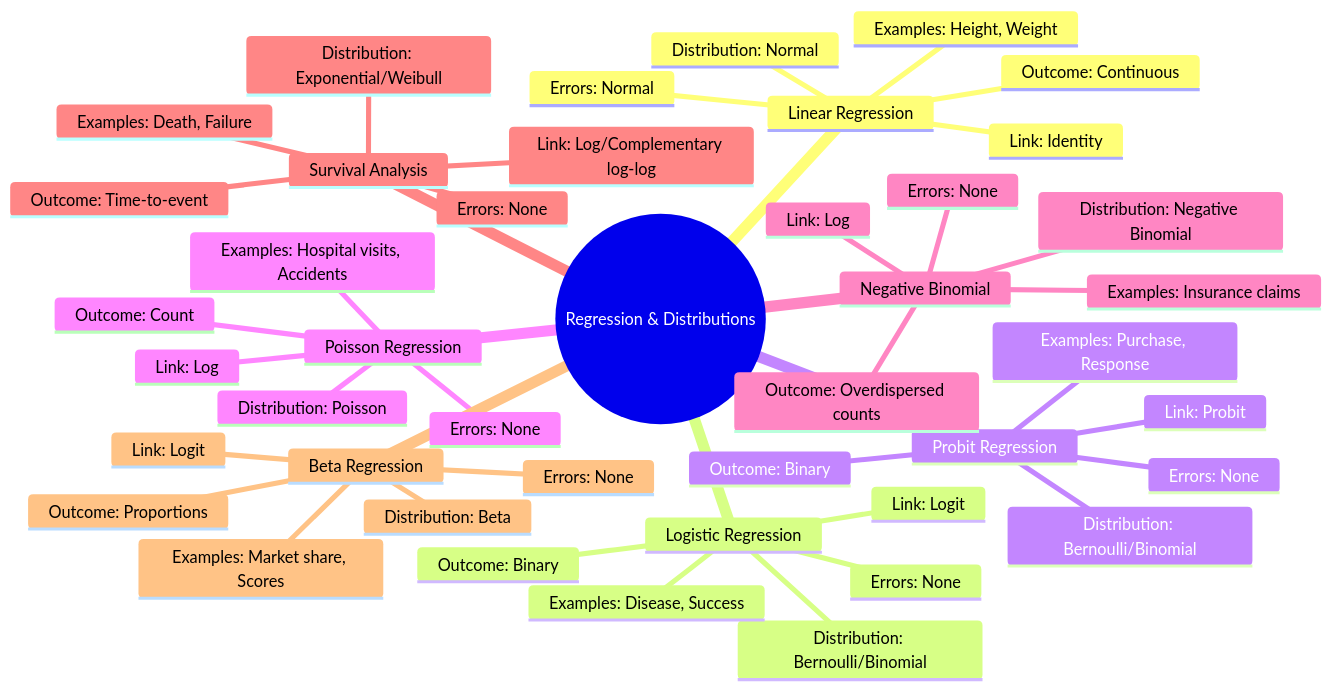
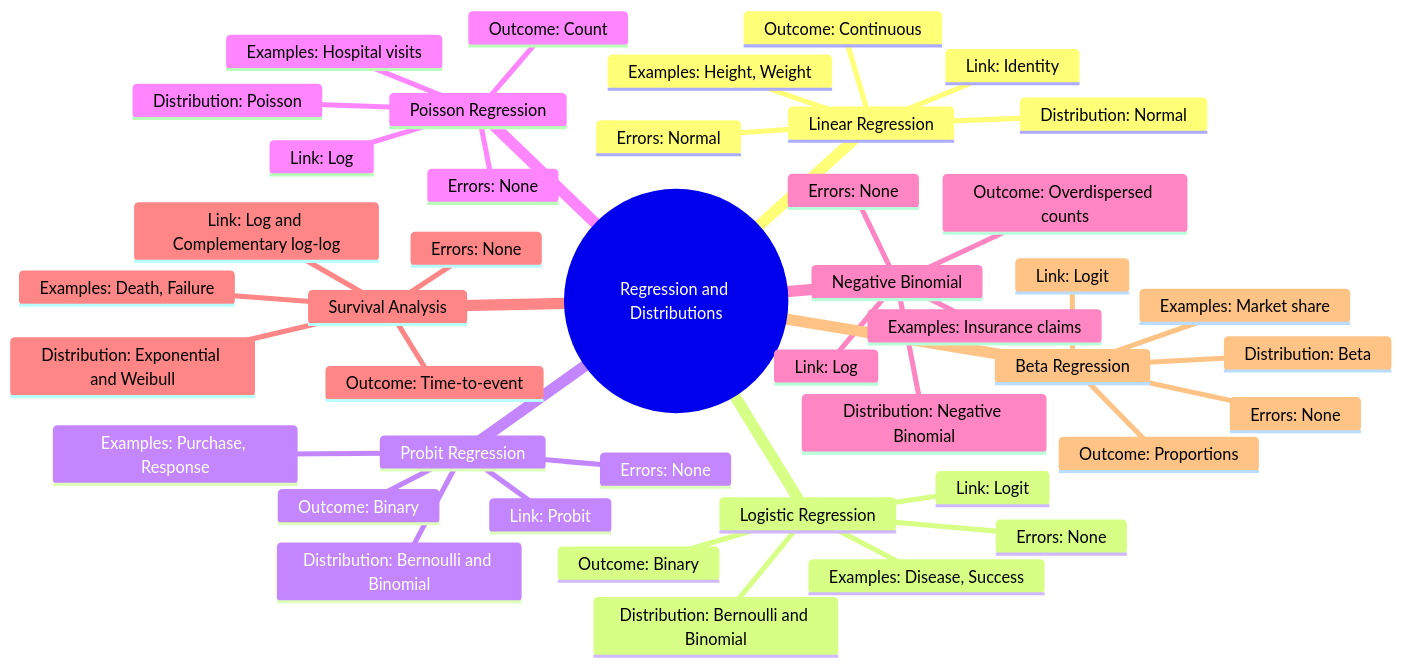
Before and after one commit to muhammadsalek/statistics-for-scientists: the fourth of 4 diagrams in 06-probability-distributions.md, drawn with Mermaid. The commit also changed other lines of this file, not shown here.

````diff
--- a/06-probability-distributions.md
+++ b/06-probability-distributions.md
@@ -1330,46 +1387,46 @@
 ```mermaid
 mindmap
-  root((Regression & Distributions))
+  root((Regression and Distributions))
     Linear Regression
       Distribution: Normal
       Link: Identity
       Outcome: Continuous
       Errors: Normal
       Examples: Height, Weight
     Logistic Regression
-      Distribution: Bernoulli/Binomial
+      Distribution: Bernoulli and Binomial
       Link: Logit
       Outcome: Binary
       Errors: None
       Examples: Disease, Success
     Probit Regression
-      Distribution: Bernoulli/Binomial
+      Distribution: Bernoulli and Binomial
       Link: Probit
       Outcome: Binary
       Errors: None
       Examples: Purchase, Response
     Poisson Regression
       Distribution: Poisson
       Link: Log
       Outcome: Count
       Errors: None
-      Examples: Hospital visits, Accidents
+      Examples: Hospital visits
     Negative Binomial
       Distribution: Negative Binomial
       Link: Log
       Outcome: Overdispersed counts
       Errors: None
       Examples: Insurance claims
     Survival Analysis
-      Distribution: Exponential/Weibull
-      Link: Log/Complementary log-log
+      Distribution: Exponential and Weibull
+      Link: Log and Complementary log-log
       Outcome: Time-to-event
       Errors: None
       Examples: Death, Failure
     Beta Regression
       Distribution: Beta
       Link: Logit
       Outcome: Proportions
       Errors: None
-      Examples: Market share, Scores
+      Examples: Market share
 ```
````
